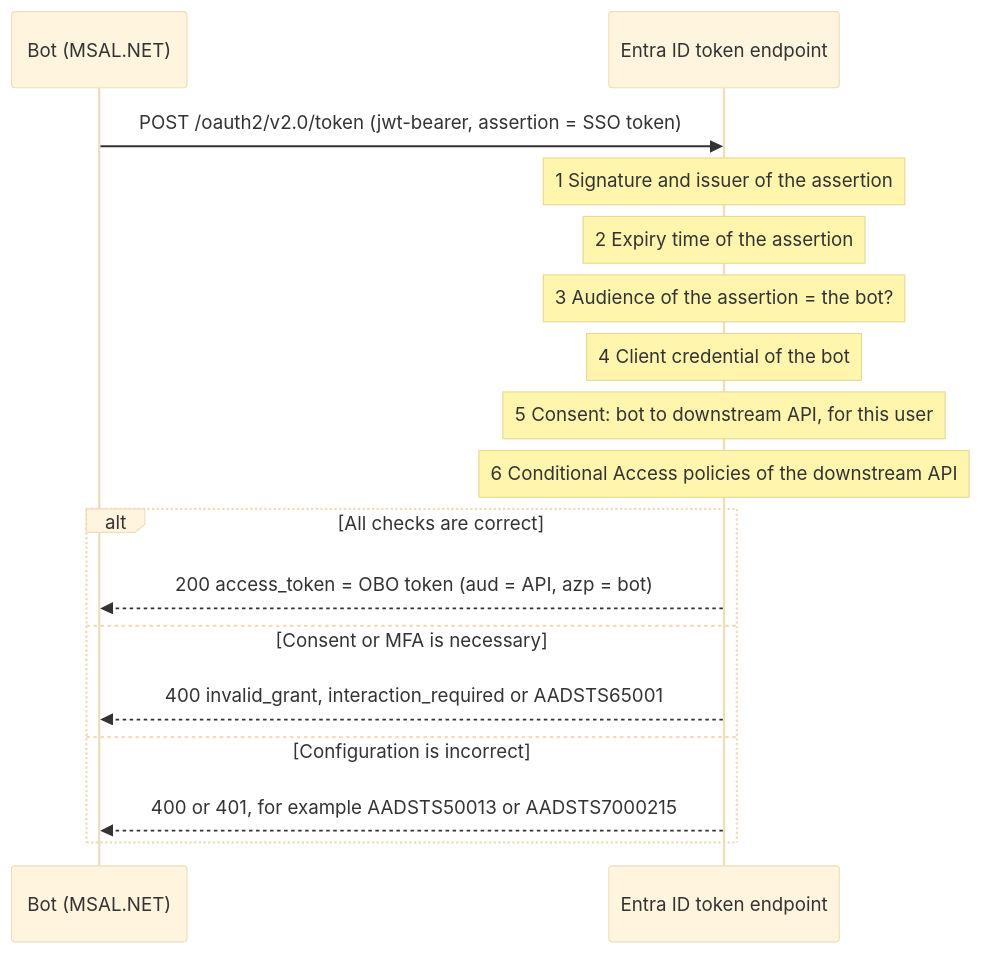
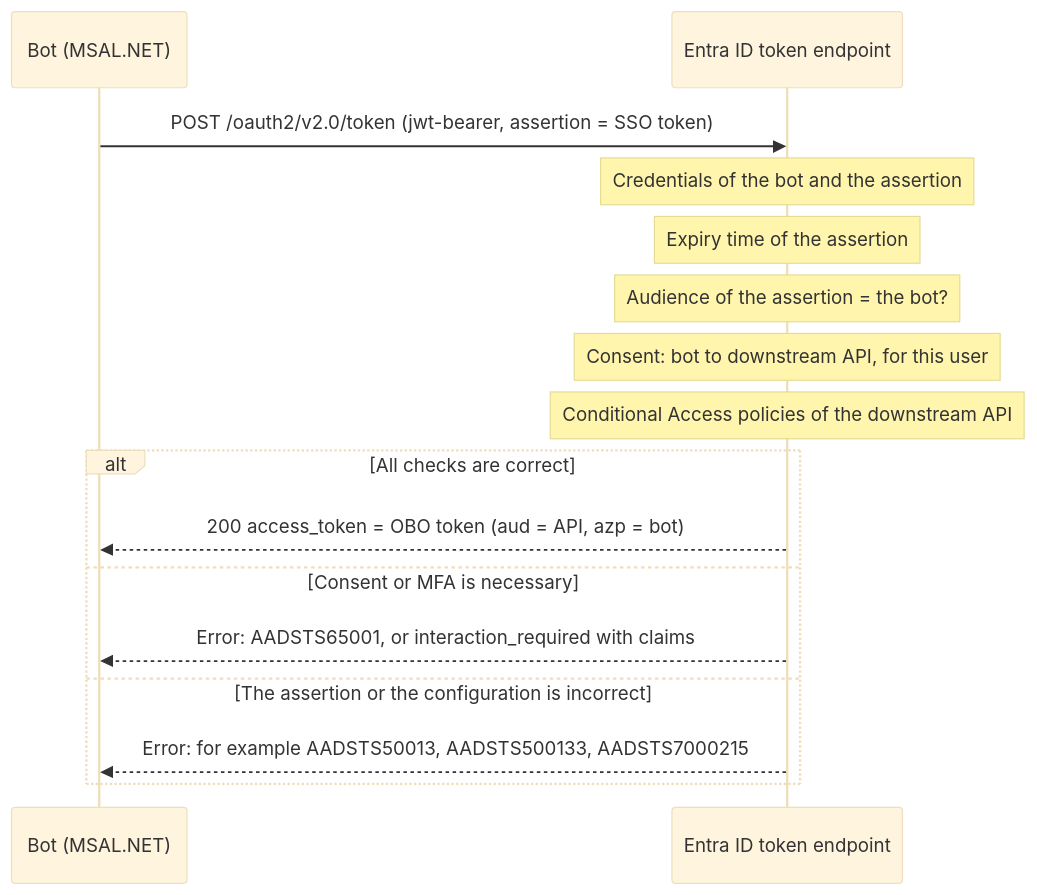
The sixth of 10 diagrams in docs/how-obo-works.md (georgemathieson/Bot), drawn with Mermaid (base theme) before and after one commit. The commit also changed other lines of this file and 3 other files, not shown here.

````diff
--- a/docs/how-obo-works.md
+++ b/docs/how-obo-works.md
@@ -203,19 +207,18 @@
 ```mermaid
 sequenceDiagram
     participant B as Bot (MSAL.NET)
     participant E as Entra ID token endpoint
     B->>E: POST /oauth2/v2.0/token (jwt-bearer, assertion = SSO token)
-    Note over E: 1 Signature and issuer of the assertion
-    Note over E: 2 Expiry time of the assertion
-    Note over E: 3 Audience of the assertion = the bot?
-    Note over E: 4 Client credential of the bot
-    Note over E: 5 Consent: bot to downstream API, for this user
-    Note over E: 6 Conditional Access policies of the downstream API
+    Note over E: Credentials of the bot and the assertion
+    Note over E: Expiry time of the assertion
+    Note over E: Audience of the assertion = the bot?
+    Note over E: Consent: bot to downstream API, for this user
+    Note over E: Conditional Access policies of the downstream API
     alt All checks are correct
         E-->>B: 200 access_token = OBO token (aud = API, azp = bot)
     else Consent or MFA is necessary
-        E-->>B: 400 invalid_grant, interaction_required or AADSTS65001
-    else Configuration is incorrect
-        E-->>B: 400 or 401, for example AADSTS50013 or AADSTS7000215
+        E-->>B: Error: AADSTS65001, or interaction_required with claims
+    else The assertion or the configuration is incorrect
+        E-->>B: Error: for example AADSTS50013, AADSTS500133, AADSTS7000215
     end
 ```
````
